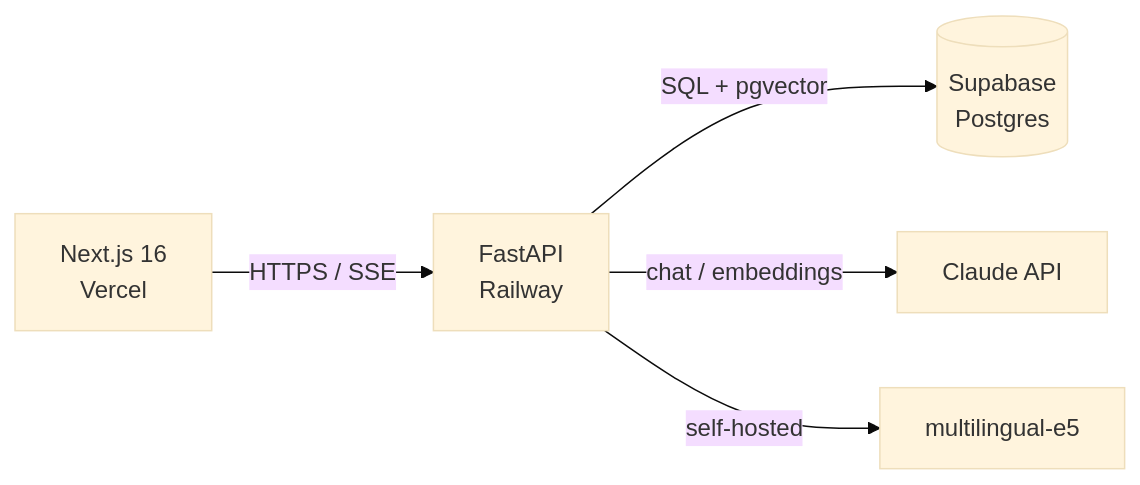
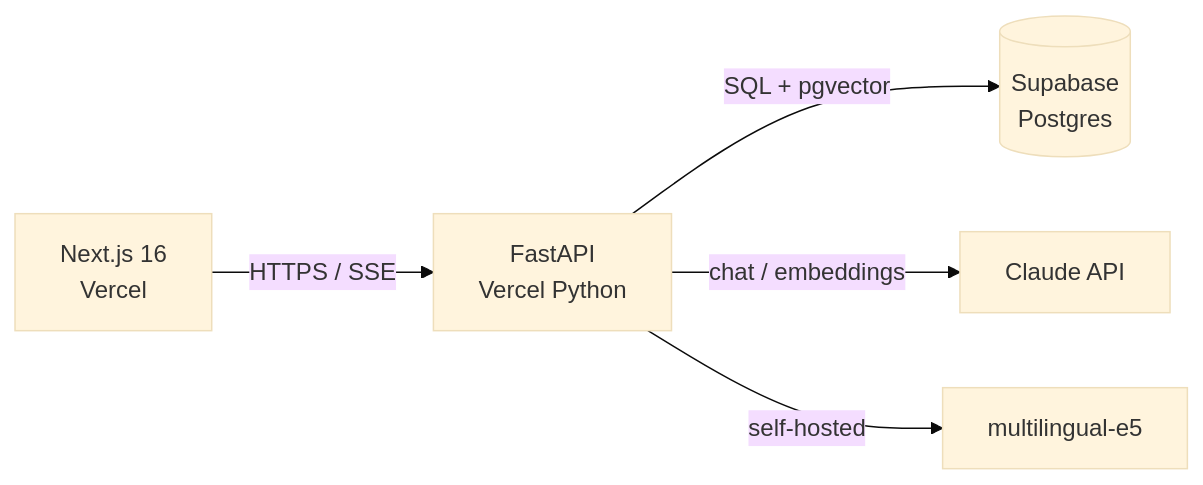
The diagram in README.md (Aboubekrin999/paper-companion), drawn with Mermaid (base theme) before and after one commit. The commit also changed other lines of this file and 7 other files, not shown here.

First line of the commit message:
feat(api): scaffold FastAPI as Vercel Python Functions

````diff
--- a/README.md
+++ b/README.md
@@ -54,7 +54,7 @@
 ```mermaid
 graph LR
-  Web[Next.js 16<br/>Vercel] -->|HTTPS / SSE| Api[FastAPI<br/>Railway]
+  Web[Next.js 16<br/>Vercel] -->|HTTPS / SSE| Api[FastAPI<br/>Vercel Python]
   Api -->|SQL + pgvector| DB[(Supabase<br/>Postgres)]
   Api -->|chat / embeddings| LLM[Claude API]
   Api -->|self-hosted| Emb[multilingual-e5]
 ```
````
